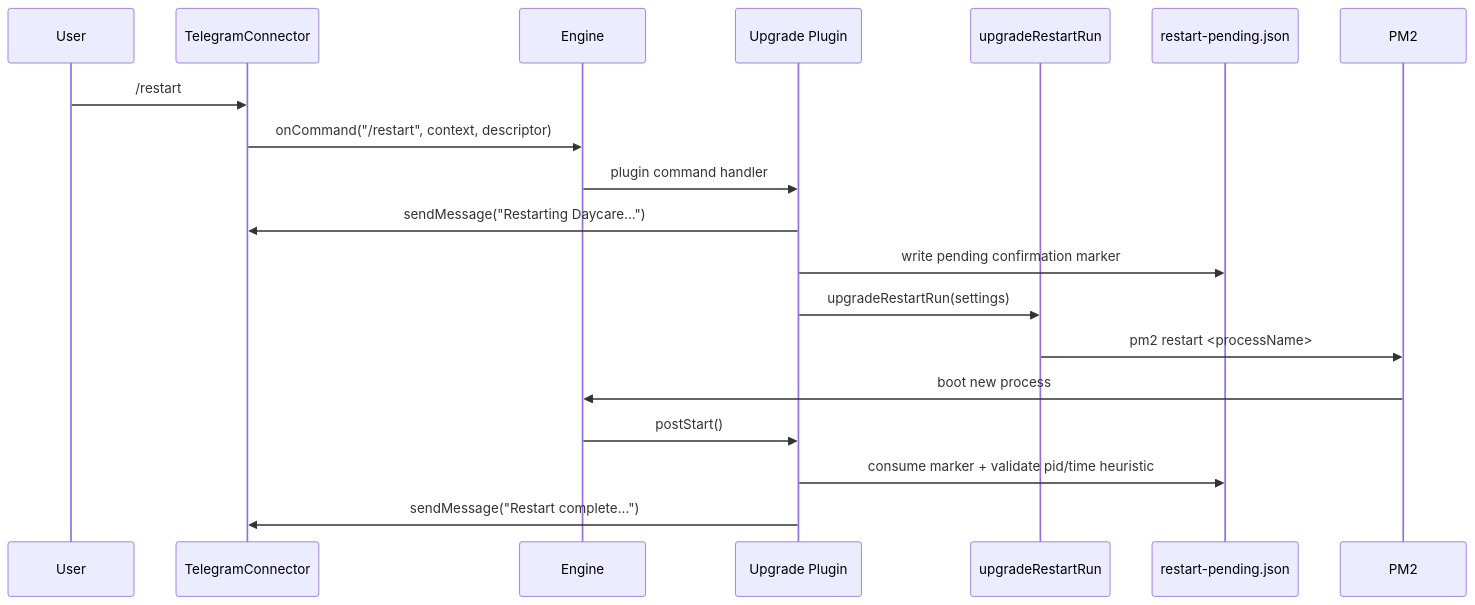
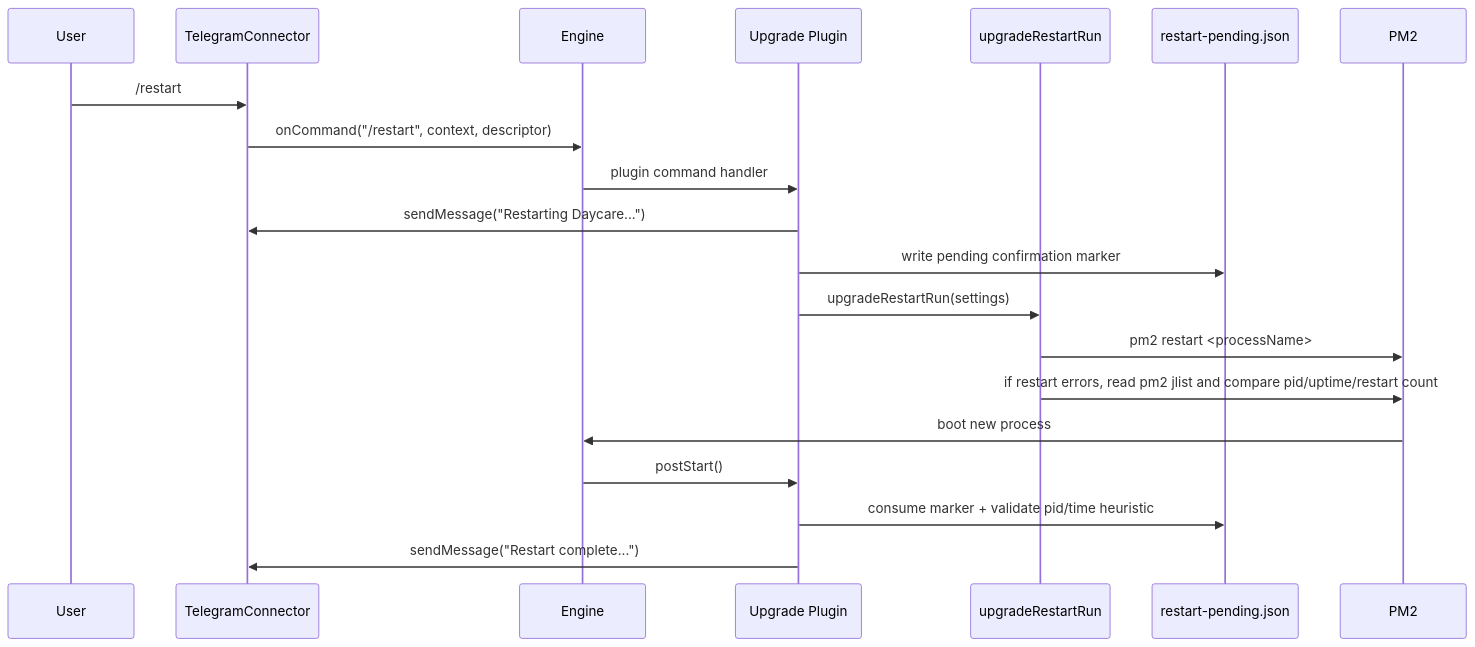
The diagram in doc/internals/telegram-restart-command.md (ex3ndr-bot/daycare), drawn with Mermaid before and after one commit. The commit also changed other lines of this file and 3 other files, not shown here.

````diff
--- a/doc/internals/telegram-restart-command.md
+++ b/doc/internals/telegram-restart-command.md
@@ -5,22 +5,23 @@
 ```mermaid
 sequenceDiagram
   participant U as User
   participant T as TelegramConnector
   participant E as Engine
   participant P as Upgrade Plugin
   participant R as upgradeRestartRun
   participant S as restart-pending.json
   participant M as PM2
 
   U->>T: /restart
   T->>E: onCommand("/restart", context, descriptor)
   E->>P: plugin command handler
   P->>T: sendMessage("Restarting Daycare...")
   P->>S: write pending confirmation marker
   P->>R: upgradeRestartRun(settings)
   R->>M: pm2 restart <processName>
+  R->>M: if restart errors, read pm2 jlist and compare pid/uptime/restart count
   M->>E: boot new process
   E->>P: postStart()
   P->>S: consume marker + validate pid/time heuristic
   P->>T: sendMessage("Restart complete...")
 ```
````
